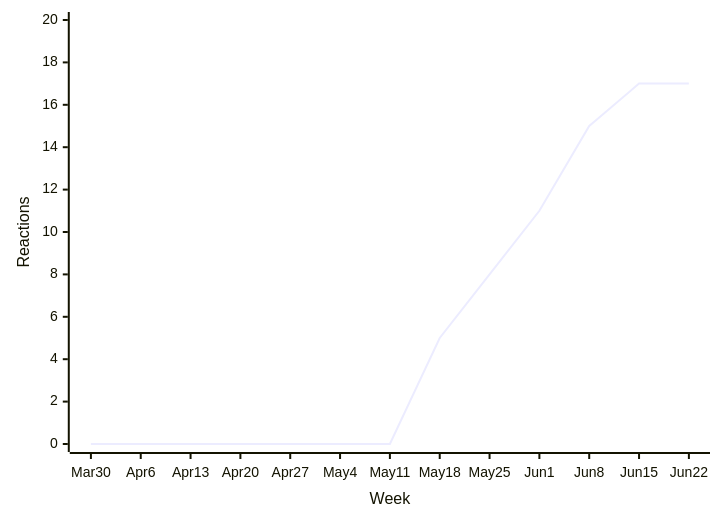
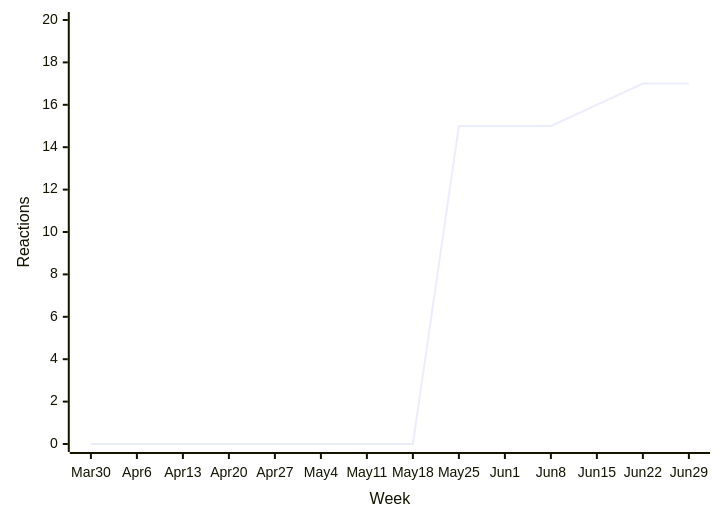
Before and after one commit to loic-sharma/github-insights: the tenth of 48 diagrams in README.md, drawn with Mermaid. The commit also changed other lines of this file and 3 other files, not shown here.

````diff
--- a/README.md
+++ b/README.md
@@ -492,6 +492,6 @@
   ```mermaid
   xychart-beta
-    x-axis "Week" [Mar 30, Apr 6, Apr 13, Apr 20, Apr 27, May 4, May 11, May 18, May 25, Jun 1, Jun 8, Jun 15, Jun 22]
+    x-axis "Week" [Mar 30, Apr 6, Apr 13, Apr 20, Apr 27, May 4, May 11, May 18, May 25, Jun 1, Jun 8, Jun 15, Jun 22, Jun 29]
     y-axis "Reactions" 0 --> 20
-    line [0, 0, 0, 0, 0, 0, 0, 5, 8, 11, 15, 17, 17]
+    line [0, 0, 0, 0, 0, 0, 0, 0, 15, 15, 15, 16, 17, 17]
   ```
````
